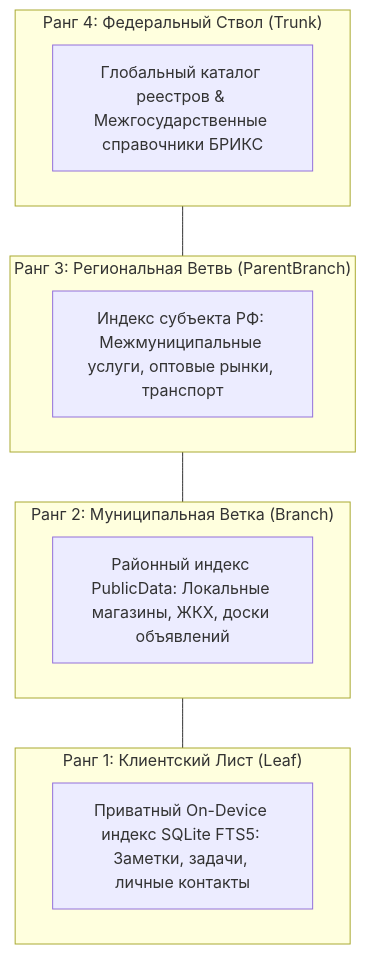
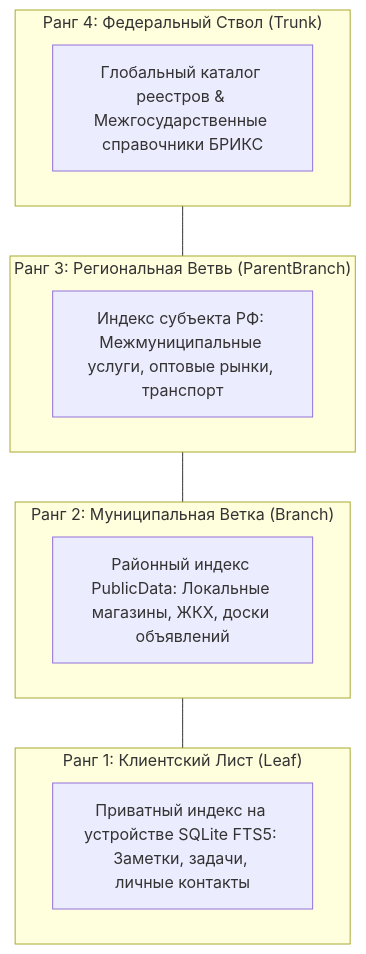
One commit to Data-Independence-Network/presentations changed the second of 11 diagrams in architecture_presentations/06_tree_search_and_analytics/docs/presentation_deck.md. Above: the diagram before and after it, drawn with Mermaid. The commit also changed other lines of this file and 88 other files, not shown here.

```diff
--- a/architecture_presentations/06_tree_search_and_analytics/docs/presentation_deck.md
+++ b/architecture_presentations/06_tree_search_and_analytics/docs/presentation_deck.md
@@ -157,22 +157,22 @@
         <div class="mermaid">
 graph TB
     subgraph L4["Ранг 4: Федеральный Ствол (Trunk)"]
         Idx4["Глобальный каталог реестров & Межгосударственные справочники БРИКС"]
     end
 
     subgraph L3["Ранг 3: Региональная Ветвь (ParentBranch)"]
         Idx3["Индекс субъекта РФ: Межмуниципальные услуги, оптовые рынки, транспорт"]
     end
 
     subgraph L2["Ранг 2: Муниципальная Ветка (Branch)"]
         Idx2["Районный индекс PublicData: Локальные магазины, ЖКХ, доски объявлений"]
     end
 
     subgraph L1["Ранг 1: Клиентский Лист (Leaf)"]
-        Idx1["Приватный On-Device индекс SQLite FTS5: Заметки, задачи, личные контакты"]
+        Idx1["Приватный индекс на устройстве SQLite FTS5: Заметки, задачи, личные контакты"]
     end
 
     L4 --- L3
     L3 --- L2
     L2 --- L1
         </div>
```
